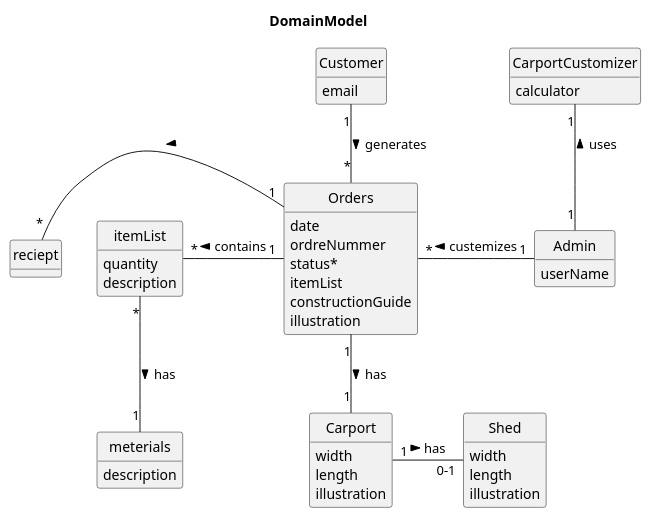
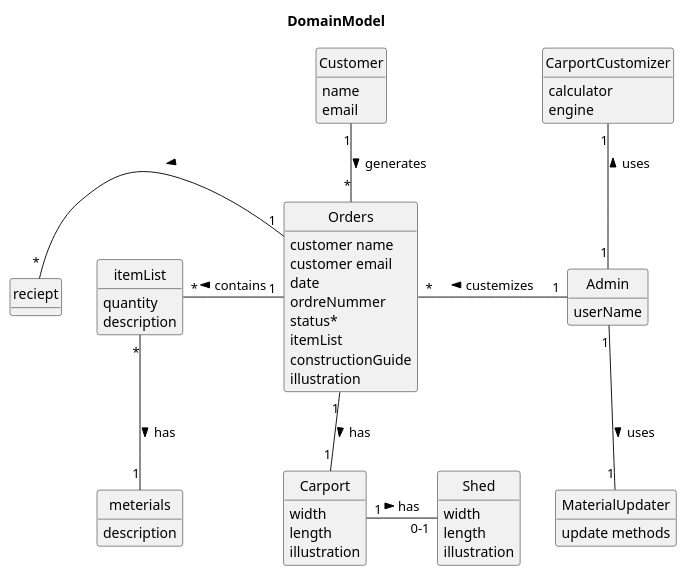
Before and after one commit to SirRolin/Carport---GroupB: the diagram in docs/UML/To-Be/Domain Model/draft1.puml, drawn with PlantUML.

Commit message:
updated out domain model

```diff
--- a/docs/UML/To-Be/Domain Model/draft1.puml
+++ b/docs/UML/To-Be/Domain Model/draft1.puml
@@ -1,53 +1,60 @@
 @startuml
 Title DomainModel
 hide circle
 hide methods
 
 class Customer {
+    name
     email
 }
 class Admin{
     userName
 }
 class Orders{
+    customer name
+    customer email
     date
     ordreNummer
     status*
     itemList
     constructionGuide
     illustration
 
 }
 class Carport{
     width
     length
     illustration
 }
 class Shed{
    width
    length
    illustration
 }
 class CarportCustomizer{
     calculator
+    engine
 }
-
+class MaterialUpdater{
+    update methods
+}
 class itemList{
     quantity
     description
 }
 class meterials{
     description
 }
 class reciept{
 }
 
 Orders "*" -up- "1" Customer: generates <
 Admin "1" -left- "*" Orders: > custemizes
 Orders "1" -down- "1" Carport: has >
 Carport "1" -right- "0-1" Shed: has >
 Admin "1" -up- "1" CarportCustomizer :uses >
+Admin "1" -down- "1" MaterialUpdater :uses >
 Orders "1" -left- "*" itemList: contains >
 itemList "*" -down- "1" meterials: has >
 Orders "1" -left- "*" reciept: >
 @enduml
```
